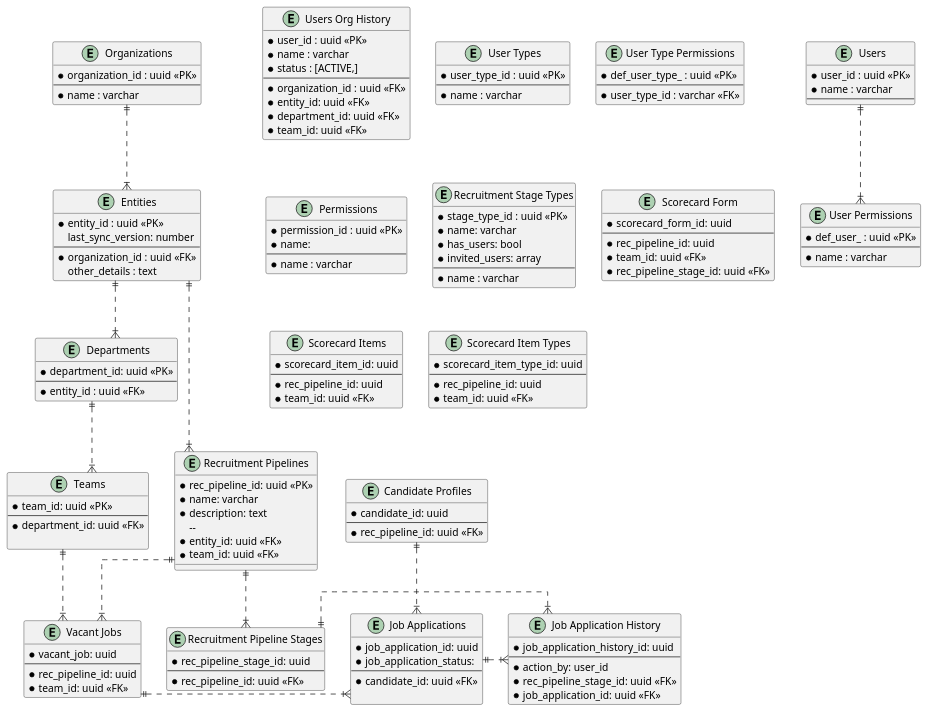
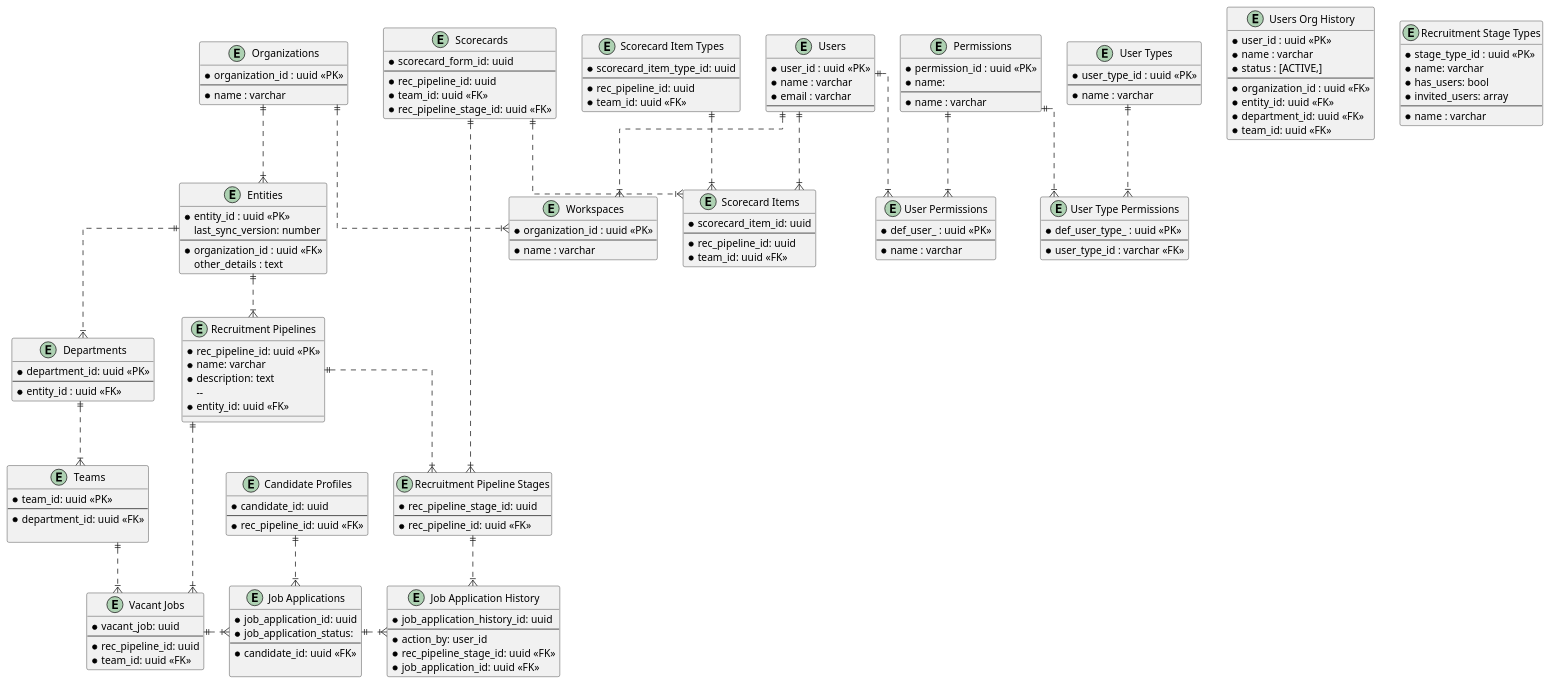
Before and after one commit to kal-coding/ats-athena: the diagram in docs/ERD.puml, drawn with PlantUML.

Commit message:
docs : add scorecards
+ ERD lines for workspaces and permissions

```diff
--- a/docs/ERD.puml
+++ b/docs/ERD.puml
@@ -1,178 +1,198 @@
 @startuml
 
 ' hide the spot
 ' hide circle
 ' avoid problems with angled crows feet
 skinparam linetype ortho
 
 entity "Users" as _users {
   *user_id : uuid <<PK>>
   *name : varchar
+  *email : varchar
   --
 }
 
 entity "Users Org History" as _user_org_history {
   *user_id : uuid <<PK>>
   *name : varchar
   *status : [ACTIVE,]
   --
   *organization_id : uuid <<FK>>
   *entity_id: uuid <<FK>>
   *department_id: uuid <<FK>>
   *team_id: uuid <<FK>>
 }
 
 entity "User Types" as _user_types {
   *user_type_id : uuid <<PK>>
   --
   *name : varchar
 }
 
 entity "User Type Permissions" as _user_type_permissions {
   *def_user_type_ : uuid <<PK>>
   --
   *user_type_id : varchar <<FK>>
 }
 
 entity "User Permissions" as _user_permissions {
   *def_user_ : uuid <<PK>>
   --
   *name : varchar
 }
 
 entity "Permissions" as _permissions {
   *permission_id : uuid <<PK>>
   *name:
   --
   *name : varchar
 }
 
 entity "Organizations" as _organizations {
   *organization_id : uuid <<PK>>
   --
   *name : varchar
 }
 
+entity "Workspaces" as workspaces {
+  *organization_id : uuid <<PK>>
+  --
+  *name : varchar
+}
+
 entity "Entities" as _entities {
   *entity_id : uuid <<PK>>
   last_sync_version: number
   --
   *organization_id : uuid <<FK>>
   other_details : text
 }
 
 entity "Departments" as _departments {
   *department_id: uuid <<PK>>
   --
   *entity_id : uuid <<FK>>
 }
 
 entity "Teams" as _teams {
     *team_id: uuid <<PK>>
   --
   *department_id: uuid <<FK>>
 
 }
 
 entity "Recruitment Pipelines" as _rec_pipelines {
   *rec_pipeline_id: uuid <<PK>>
   *name: varchar
   *description: text
     --
   *entity_id: uuid <<FK>>
-  *team_id: uuid <<FK>>
-
 }
 
 entity "Recruitment Pipeline Stages" as _rec_pipeline_stages {
   *rec_pipeline_stage_id: uuid
   --
   *rec_pipeline_id: uuid <<FK>>
 }
 
 entity "Recruitment Stage Types" as _stage_types {
   *stage_type_id : uuid <<PK>>
   *name: varchar
   *has_users: bool
   *invited_users: array
   --
   *name : varchar
 }
 
 entity "Vacant Jobs" as _vacant_jobs {
   *vacant_job: uuid
   --
   *rec_pipeline_id: uuid
   *team_id: uuid <<FK>>
 }
 
 entity "Job Applications" as _job_applications{
   *job_application_id: uuid
   *job_application_status: 
 --
   *candidate_id: uuid <<FK>>
 
 }
 
 entity "Job Application History" as _job_application_history{
   *job_application_history_id: uuid
 --
   *action_by: user_id
   *rec_pipeline_stage_id: uuid <<FK>>
   *job_application_id: uuid <<FK>>
 }
 
 entity "Candidate Profiles" as _candidate_profiles {
     *candidate_id: uuid
   --
     *rec_pipeline_id: uuid <<FK>>
 }
 
-entity "Scorecard Form" as _scorecard_structure {
+entity "Scorecards" as _scorecards {
   *scorecard_form_id: uuid
   --
   *rec_pipeline_id: uuid
   *team_id: uuid <<FK>>
   *rec_pipeline_stage_id: uuid <<FK>>
 }
 
 entity "Scorecard Items" as _scorecard_items {
   *scorecard_item_id: uuid
   --
   *rec_pipeline_id: uuid
   *team_id: uuid <<FK>>
 }
 
 entity "Scorecard Item Types" as _scorecard_item_types {
   *scorecard_item_type_id: uuid
   --
   *rec_pipeline_id: uuid
   *team_id: uuid <<FK>>
 }
 
 
 _organizations ||..|{ _entities
 
 _entities ||..|{ _rec_pipelines
 _entities ||..|{ _departments
 
 _departments ||..|{ _teams
 
 _teams ||..|{ _vacant_jobs
 
 _rec_pipelines ||..|{ _vacant_jobs
 _rec_pipelines ||..|{ _rec_pipeline_stages
 
 _vacant_jobs ||.|{ _job_applications
 
 _job_applications ||.|{ _job_application_history
 _rec_pipeline_stages ||.|{ _job_application_history
 
 
 _candidate_profiles ||..|{ _job_applications
 
 ' User Permissions
 _users ||..|{ _user_permissions
+_permissions ||..|{ _user_permissions
+
+_user_types ||..|{_user_type_permissions
+_permissions ||..|{ _user_type_permissions
+
+_users ||..|{ workspaces
+_organizations ||..|{ workspaces
+
+' Scorecards 
+
+_scorecards ||..|{ _scorecard_items
+_scorecard_item_types ||..|{ _scorecard_items
+_users ||..|{ _scorecard_items
+
+_scorecards ||..|{ _rec_pipeline_stages
 
 
 @enduml
```
